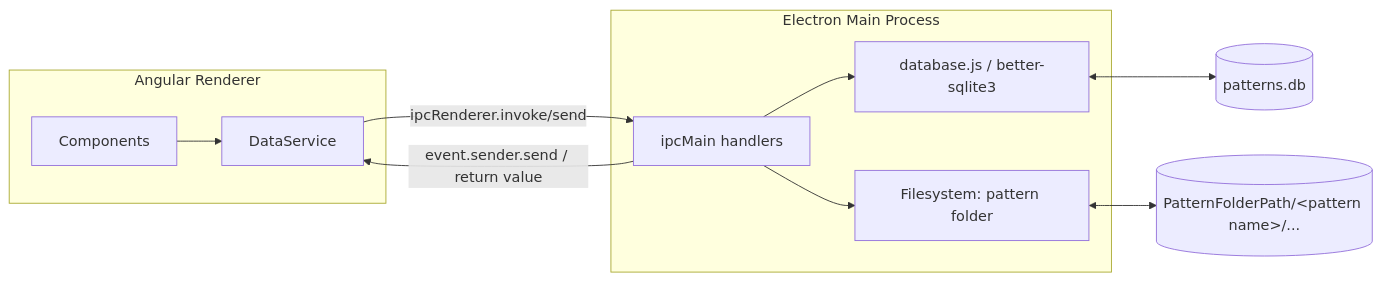
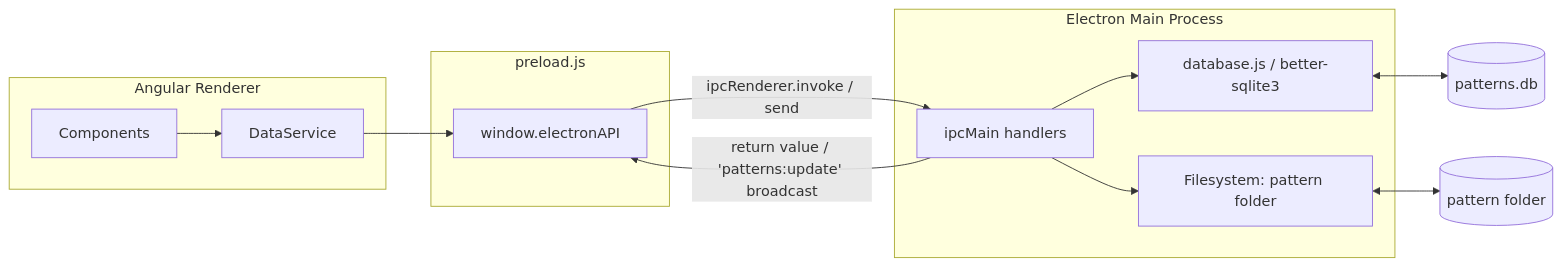
The diagram in ARCHITECTURE.md (lou-BT/Stitch), drawn with Mermaid before and after one commit. The commit also changed other lines of this file and 39 other files, not shown here.

````diff
--- a/ARCHITECTURE.md
+++ b/ARCHITECTURE.md
@@ -23,14 +32,18 @@
 ```mermaid
 flowchart LR
     subgraph Renderer [Angular Renderer]
         C[Components] --> DS[DataService]
     end
+    subgraph Preload [preload.js]
+        API[window.electronAPI]
+    end
     subgraph Main [Electron Main Process]
         IPC[ipcMain handlers] --> DB[database.js / better-sqlite3]
         IPC --> FS[Filesystem: pattern folder]
     end
-    DS -- ipcRenderer.invoke/send --> IPC
-    IPC -- event.sender.send / return value --> DS
+    DS --> API
+    API -- ipcRenderer.invoke / send --> IPC
+    IPC -- return value / 'patterns:update' broadcast --> API
     DB <--> SQLite[(patterns.db)]
-    FS <--> Disk[(PatternFolderPath/&lt;pattern name&gt;/...)]
+    FS <--> Disk[(pattern folder)]
 ```
````
